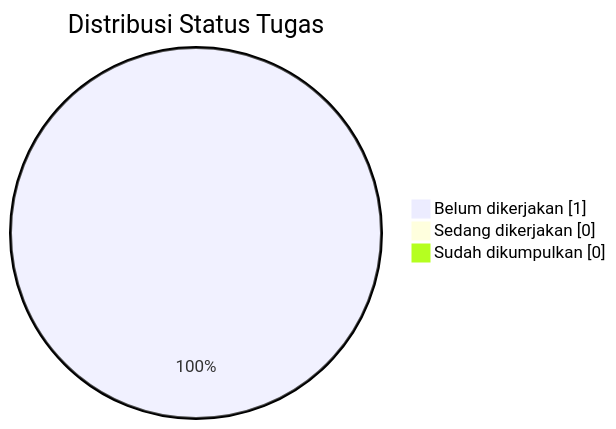
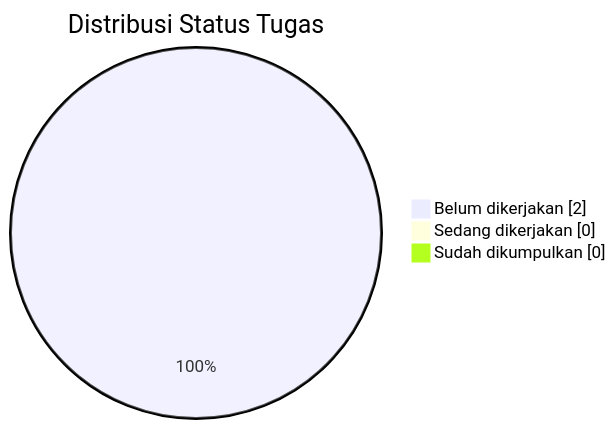
The second of 4 diagrams in docs/v1/task/index.md (mroczect/lectures), drawn with Mermaid before and after one commit. The commit also changed other lines of this file and 2 other files, not shown here.

````diff
--- a/docs/v1/task/index.md
+++ b/docs/v1/task/index.md
@@ -127,7 +141,7 @@
 ```mermaid
 pie showData
     title Distribusi Status Tugas
-    "Belum dikerjakan" : 1
+    "Belum dikerjakan" : 2
     "Sedang dikerjakan" : 0
     "Sudah dikumpulkan" : 0
 ```
````
